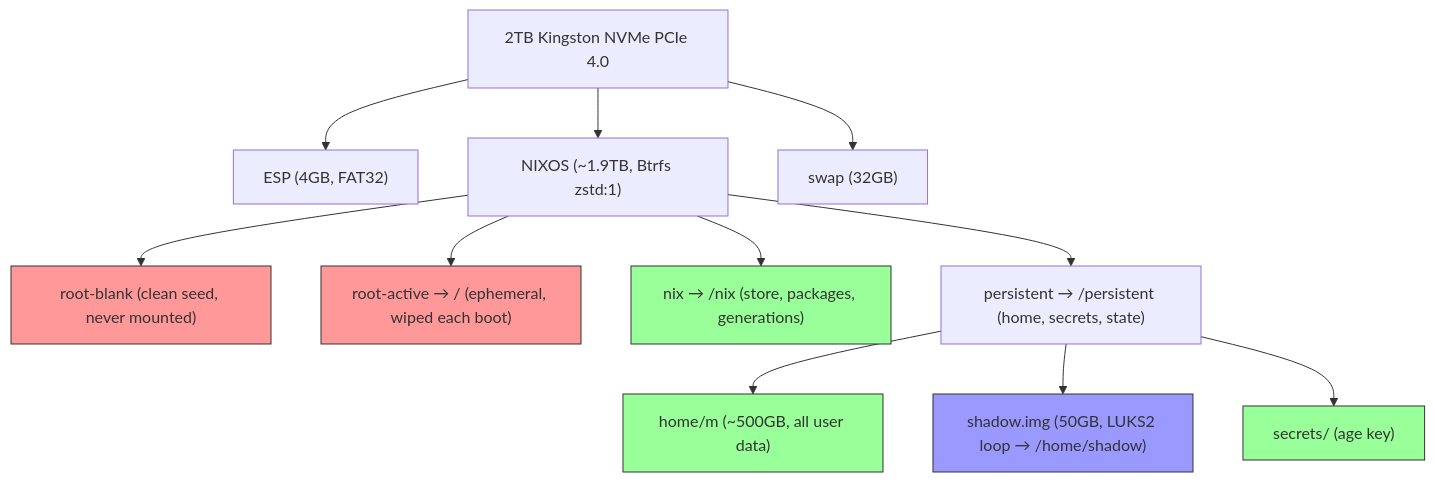
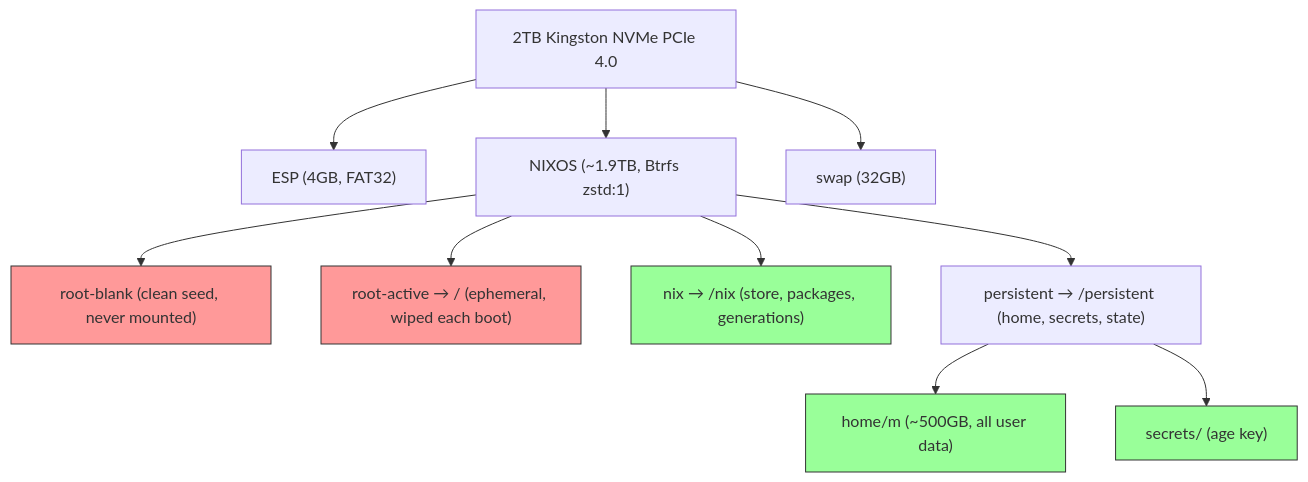
One commit to mvrozanti/mandragora changed the third of 4 diagrams in README.md. Above: the diagram before and after it, drawn with Mermaid. The commit also changed 15 other files, not shown here.

````diff
--- a/README.md
+++ b/README.md
@@ -34,24 +34,21 @@
 ```mermaid
 flowchart TD
     NVMe["2TB Kingston NVMe PCIe 4.0"]
     NVMe --> ESP["ESP (4GB, FAT32)"]
     NVMe --> BTRFS["NIXOS (~1.9TB, Btrfs zstd:1)"]
     NVMe --> SWAP["swap (32GB)"]
 
     BTRFS --> root_blank["root-blank (clean seed, never mounted)"]
     BTRFS --> root_active["root-active → / (ephemeral, wiped each boot)"]
     BTRFS --> nix["nix → /nix (store, packages, generations)"]
     BTRFS --> persistent["persistent → /persistent (home, secrets, state)"]
 
     persistent --> home["home/m (~500GB, all user data)"]
-    persistent --> shadow_img["shadow.img (50GB, LUKS2 loop → /home/shadow)"]
     persistent --> secrets["secrets/ (age key)"]
 
     classDef ephemeral fill:#f99,stroke:#333,stroke-width:1px
     classDef persistent fill:#9f9,stroke:#333,stroke-width:1px
-    classDef isolated fill:#99f,stroke:#333,stroke-width:1px
 
     class root_blank,root_active ephemeral
     class home,nix,secrets persistent
-    class shadow_img isolated
 ```
````
